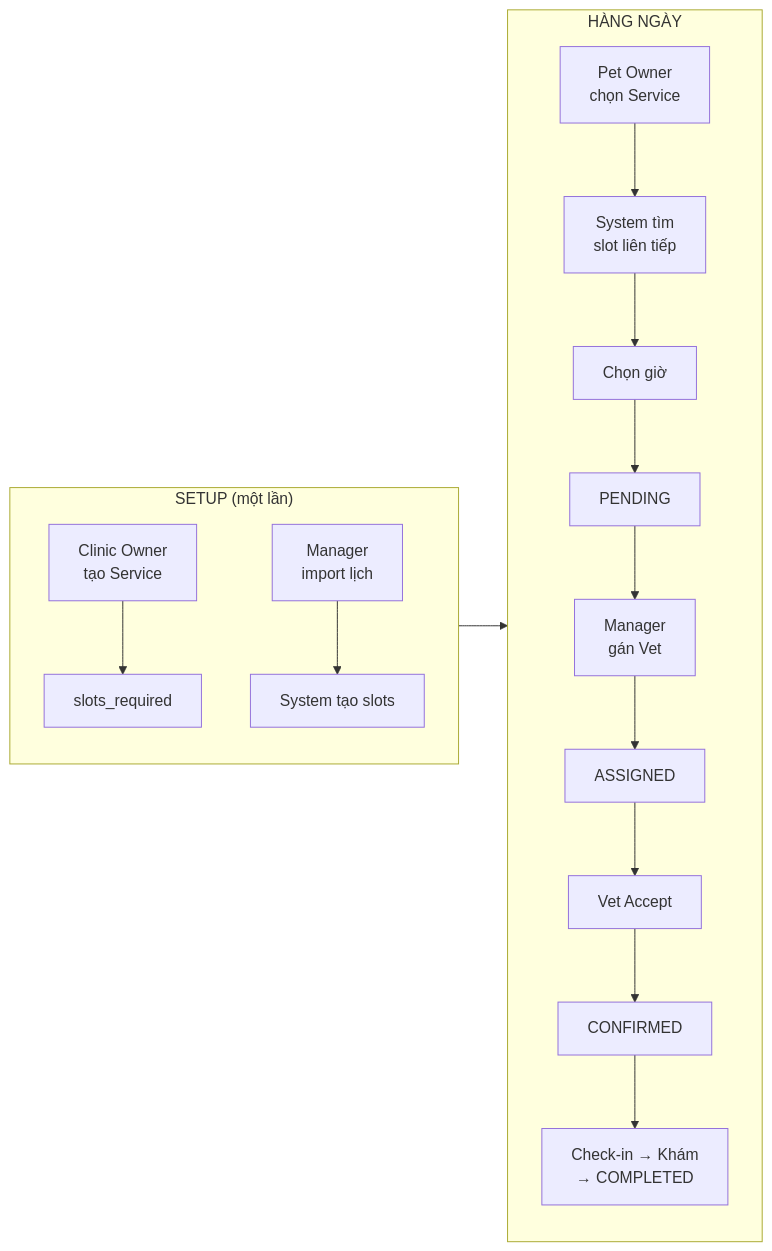
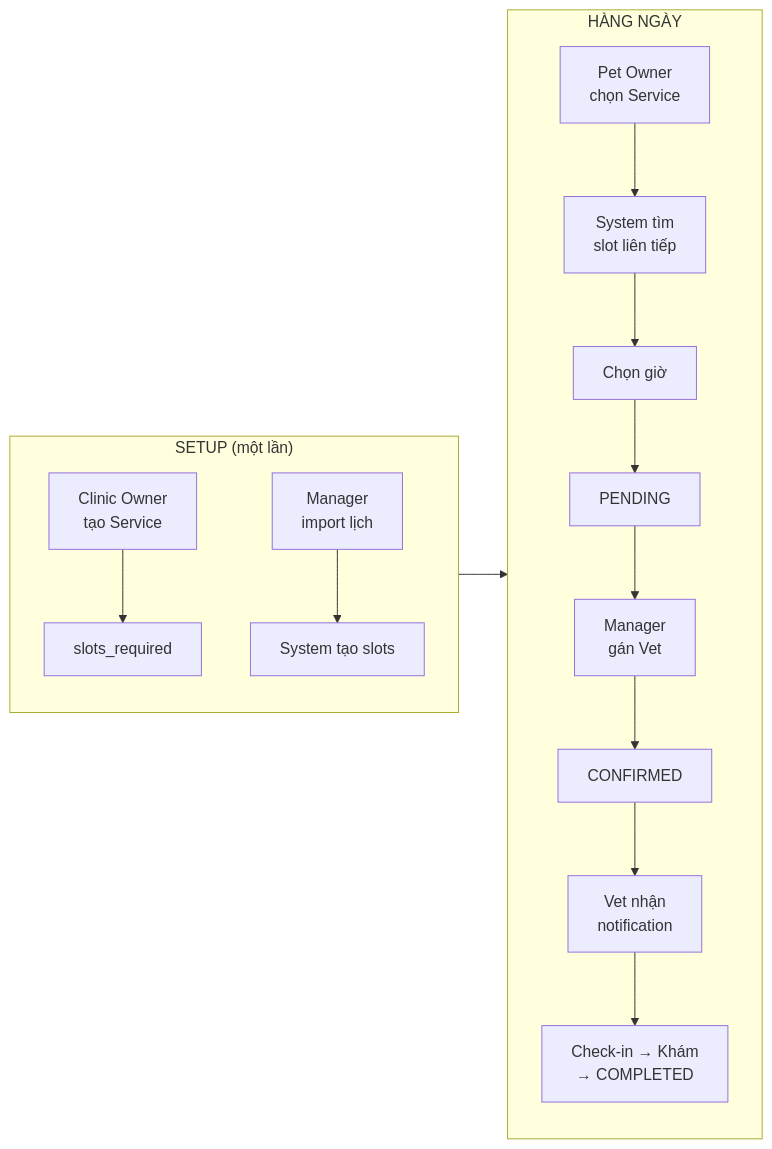
One commit to espresso23/Petties-Veterinary-Appointment-Booking-Platform changed the fifth of 5 diagrams in docs-references/documentation/VET_SCHEDULING_STRATEGY.md. Above: the diagram before and after it, drawn with Mermaid. The commit also changed other lines of this file and 15 other files, not shown here.

````diff
--- a/docs-references/documentation/VET_SCHEDULING_STRATEGY.md
+++ b/docs-references/documentation/VET_SCHEDULING_STRATEGY.md
@@ -477,20 +421,19 @@
 ```mermaid
 flowchart LR
     subgraph SETUP["SETUP (một lần)"]
         A1["Clinic Owner<br/>tạo Service"] --> A2["slots_required"]
         A3["Manager<br/>import lịch"] --> A4["System tạo slots"]
     end
     
     subgraph DAILY["HÀNG NGÀY"]
         B1["Pet Owner<br/>chọn Service"] --> B2["System tìm<br/>slot liên tiếp"]
         B2 --> B3["Chọn giờ"]
         B3 --> B4["PENDING"]
         B4 --> B5["Manager<br/>gán Vet"]
-        B5 --> B6["ASSIGNED"]
-        B6 --> B7["Vet Accept"]
-        B7 --> B8["CONFIRMED"]
-        B8 --> B9["Check-in → Khám<br/>→ COMPLETED"]
+        B5 --> B6["CONFIRMED"]
+        B6 --> B7["Vet nhận<br/>notification"]
+        B7 --> B8["Check-in → Khám<br/>→ COMPLETED"]
     end
     
     SETUP --> DAILY
 ```
````
